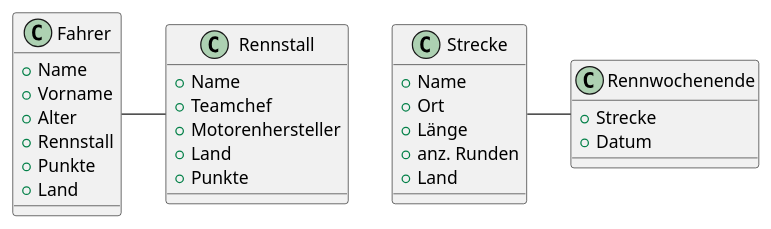
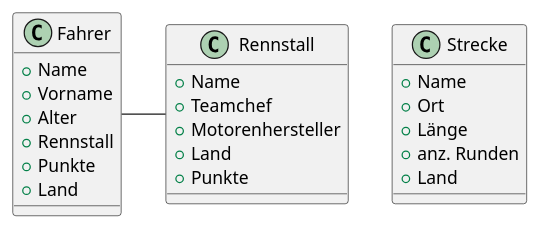
One commit to Noeell/openapiproject changed the first of 5 diagrams in Formel1.adoc. Above: the diagram before and after it, drawn with PlantUML. The commit also changed other lines of this file and 5 other files, not shown here.

```diff
--- a/Formel1.adoc
+++ b/Formel1.adoc
@@ -30,37 +28,31 @@
 [plantuml]
 ----
 @startuml
 class Fahrer {
 + Name
 + Vorname
 + Alter
 + Rennstall
 + Punkte
 + Land
 }
 
 class Rennstall{
 + Name
 + Teamchef
 + Motorenhersteller
 + Land
 + Punkte
 }
 
 class Strecke {
 + Name
 + Ort
 + Länge
 + anz. Runden
 + Land
 }
 
-class Rennwochenende {
-+ Strecke
-+ Datum
-}
-
 Fahrer - Rennstall
-Strecke - Rennwochenende
 @enduml
 ----
```
